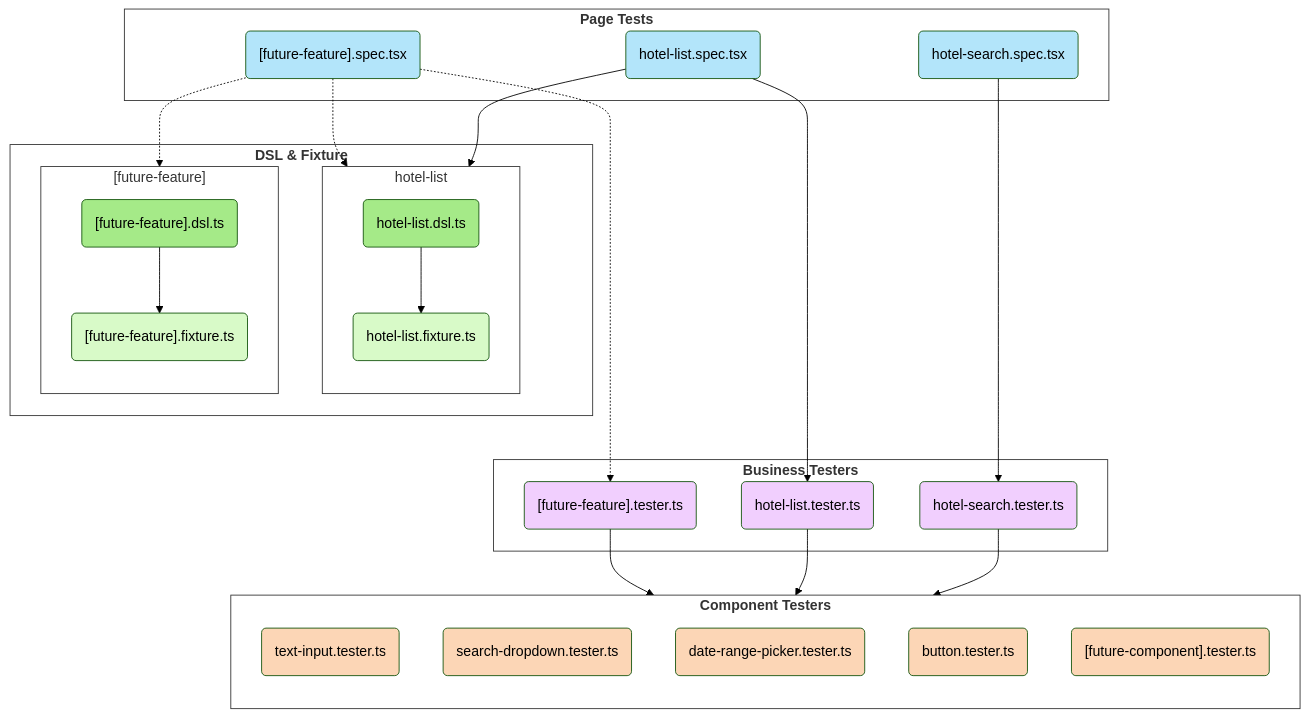
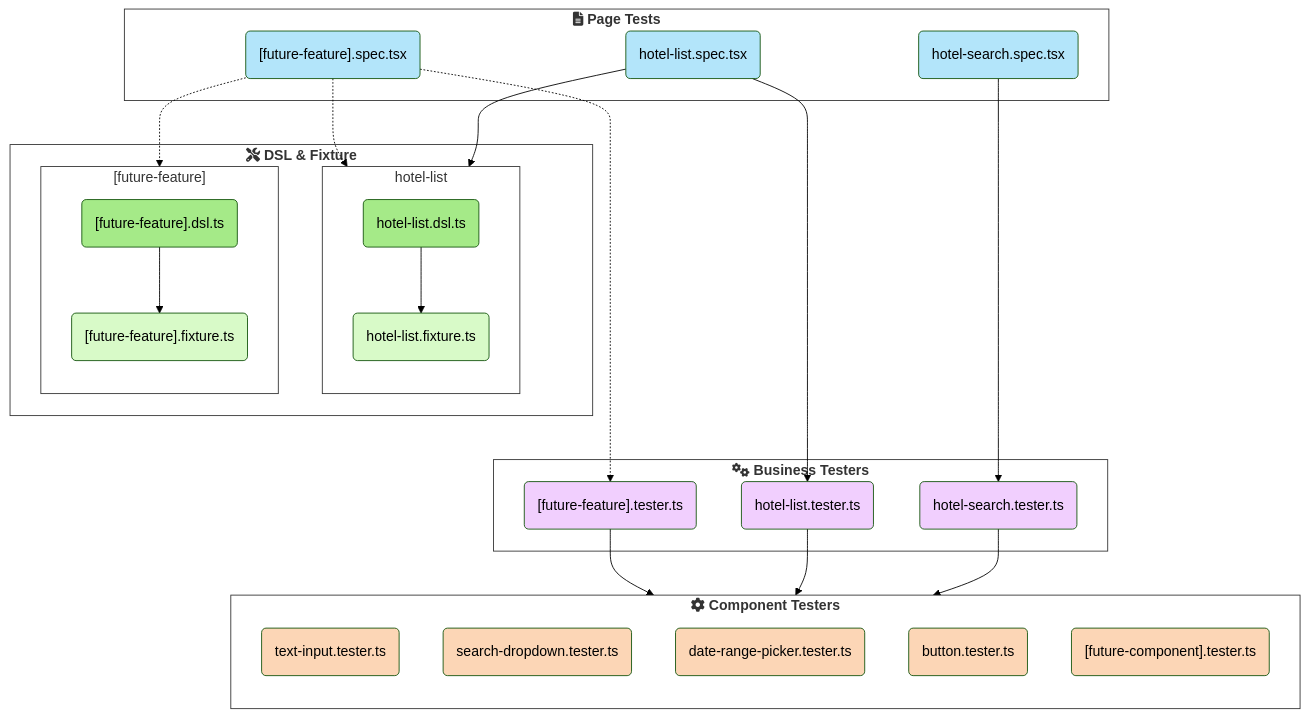
One commit to EthanLin-TWer/blog changed the fourth of 4 diagrams in _posts/2023-12-10-react-unit-testing-best-practices.md. Above: the diagram before and after it, drawn with Mermaid (forest theme). The commit also changed other lines of this file, not shown here.

Commit message:
🌞post: beautify architecture diagrams by adding icons

````diff
--- a/_posts/2023-12-10-react-unit-testing-best-practices.md
+++ b/_posts/2023-12-10-react-unit-testing-best-practices.md
@@ -1020,76 +1023,76 @@
 ```mermaid
 flowchart TB
   %% definitions
-  subgraph page_tests ["<b>Page Tests</b>"];
-      hotel_search_page_test("hotel-search.spec.tsx")
-      other_page_tests("[future-feature].spec.tsx")
-      hotel_list_page_test("hotel-list.spec.tsx")
+  subgraph page_tests ["<b>fa:fa-file-alt Page Tests</b>"];
+    hotel_search_page_test("hotel-search.spec.tsx")
+    other_page_tests("[future-feature].spec.tsx")
+    hotel_list_page_test("hotel-list.spec.tsx")
   end
 
-  subgraph mocks_and_fixtures ["<b>DSL & Fixture</b>"];
-      subgraph hotel_list_mocks_and_fixture ["hotel-list"]
-          direction TB
-          hotel_list_dsl_mock("hotel-list.dsl.ts")
-          hotel_list_dsl_fixture("hotel-list.fixture.ts")
-      end
-
-      subgraph other_mocks_and_fixture ["[future-feature]"]
-          direction TB
-          other_dsl_mock("[future-feature].dsl.ts")
-          other_fixture("[future-feature].fixture.ts")
-      end
+  subgraph mocks_and_fixtures ["<b>fa:fa-tools DSL & Fixture</b>"];
+    subgraph hotel_list_mocks_and_fixture ["hotel-list"]
+      direction TB
+      hotel_list_dsl_mock("hotel-list.dsl.ts")
+      hotel_list_dsl_fixture("hotel-list.fixture.ts")
+    end
+  
+    subgraph other_mocks_and_fixture ["[future-feature]"]
+      direction TB
+      other_dsl_mock("[future-feature].dsl.ts")
+      other_fixture("[future-feature].fixture.ts")
+    end
   end
 
-  subgraph business_testers ["<b>Business Testers</b>"];
-      hotel_search_business_testers("hotel-search.tester.ts")
-      hotel_list_business_testers("hotel-list.tester.ts")
-      other_business_testers("[future-feature].tester.ts")
+  subgraph business_testers ["<b>fa:fa-cogs Business Testers</b>"];
+    hotel_search_business_testers("hotel-search.tester.ts")
+    hotel_list_business_testers("hotel-list.tester.ts")
+    other_business_testers("[future-feature].tester.ts")
   end
-
-  subgraph component_testers ["<b>Component Testers</b>"];
-      direction TB
-      text_input_tester("text-input.tester.ts")
-      text_search_dropdown_tester("search-dropdown.tester.ts")
-      text_date_picker_tester("date-range-picker.tester.ts")
-      text_button_tester("button.tester.ts")
-      text_x_tester("[future-component].tester.ts")
+        
+  subgraph component_testers ["<b>fa:fa-cog Component Testers</b>"];
+    direction TB
+    text_input_tester("text-input.tester.ts")
+    text_search_dropdown_tester("search-dropdown.tester.ts")
+    text_date_picker_tester("date-range-picker.tester.ts")
+    text_button_tester("button.tester.ts")
+    text_x_tester("[future-component].tester.ts")
   end
 
   %% start: components & connections
   hotel_search_page_test ---> hotel_search_business_testers --> component_testers
   hotel_list_page_test --> hotel_list_business_testers --> component_testers
   hotel_list_page_test --> hotel_list_mocks_and_fixture
   other_page_tests -.-> other_business_testers --> component_testers
   other_page_tests -.-> hotel_list_mocks_and_fixture
   other_page_tests -.-> other_mocks_and_fixture
   hotel_list_dsl_mock --> hotel_list_dsl_fixture
   other_dsl_mock --> other_fixture
 
   %% styles - #D8FAC8 #A5EA88 #F1CFFE #B3E5FA #FCD6B6
   style page_tests fill:#FFF,stroke:#333
   style mocks_and_fixtures fill:#FFF,stroke:#333
   style hotel_list_mocks_and_fixture fill:#FFF,stroke:#333
   style other_mocks_and_fixture fill:#FFF,stroke:#333
   style business_testers fill:#FFF,stroke:#333
   style component_testers fill:#FFF,stroke:#333
 
   style hotel_search_page_test fill:#B3E5FA
   style hotel_list_page_test fill:#B3E5FA
   style other_page_tests fill:#B3E5FA
 
   style hotel_list_dsl_mock fill:#A5EA88
   style other_dsl_mock fill:#A5EA88
 
   style hotel_list_dsl_fixture fill:#D8FAC8
   style other_fixture fill:#D8FAC8
 
   style hotel_search_business_testers fill:#F1CFFE
   style hotel_list_business_testers fill:#F1CFFE
   style other_business_testers fill:#F1CFFE
 
   style text_input_tester fill:#FCD6B6
   style text_search_dropdown_tester fill:#FCD6B6
   style text_date_picker_tester fill:#FCD6B6
   style text_button_tester fill:#FCD6B6
   style text_x_tester fill:#FCD6B6
 ```
````
